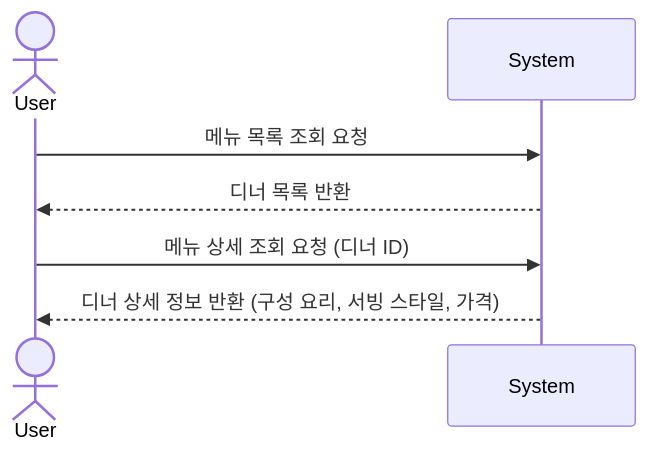
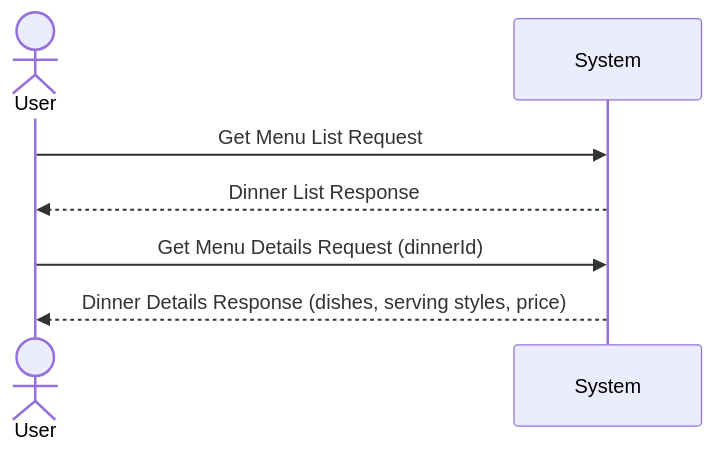
One commit to Ddogan-zip/ddoganzip-backend changed the third of 11 diagrams in docs/system-sequence-diagrams.md. Above: the diagram before and after it, drawn with Mermaid. The commit also changed other lines of this file, not shown here.

First line of the commit message:
Update sequence diagram messages to English

````diff
--- a/docs/system-sequence-diagrams.md
+++ b/docs/system-sequence-diagrams.md
@@ -27,11 +27,11 @@
 ```mermaid
 sequenceDiagram
     actor User
     participant System
 
-    User->>System: 메뉴 목록 조회 요청
-    System-->>User: 디너 목록 반환
+    User->>System: Get Menu List Request
+    System-->>User: Dinner List Response
 
-    User->>System: 메뉴 상세 조회 요청 (디너 ID)
-    System-->>User: 디너 상세 정보 반환 (구성 요리, 서빙 스타일, 가격)
+    User->>System: Get Menu Details Request (dinnerId)
+    System-->>User: Dinner Details Response (dishes, serving styles, price)
 ```
````
